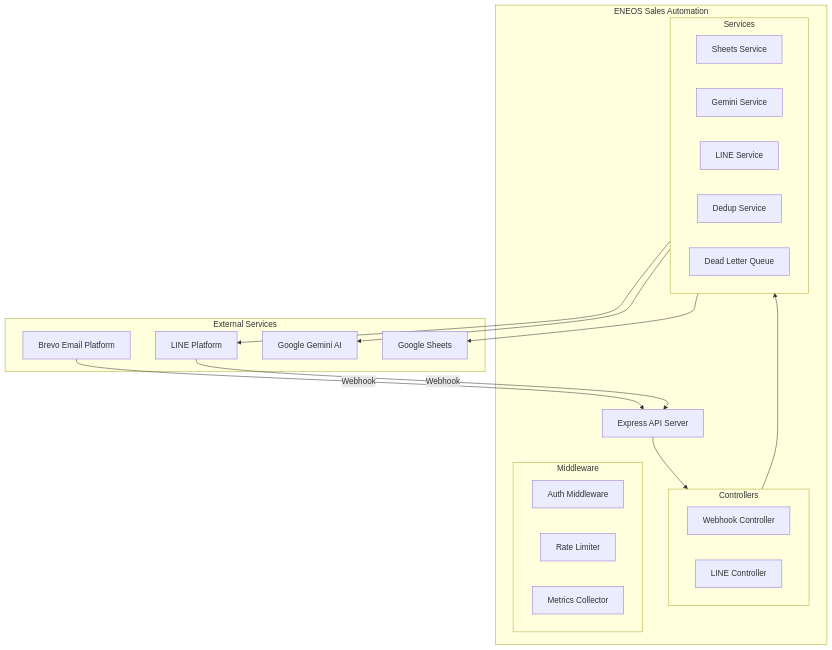
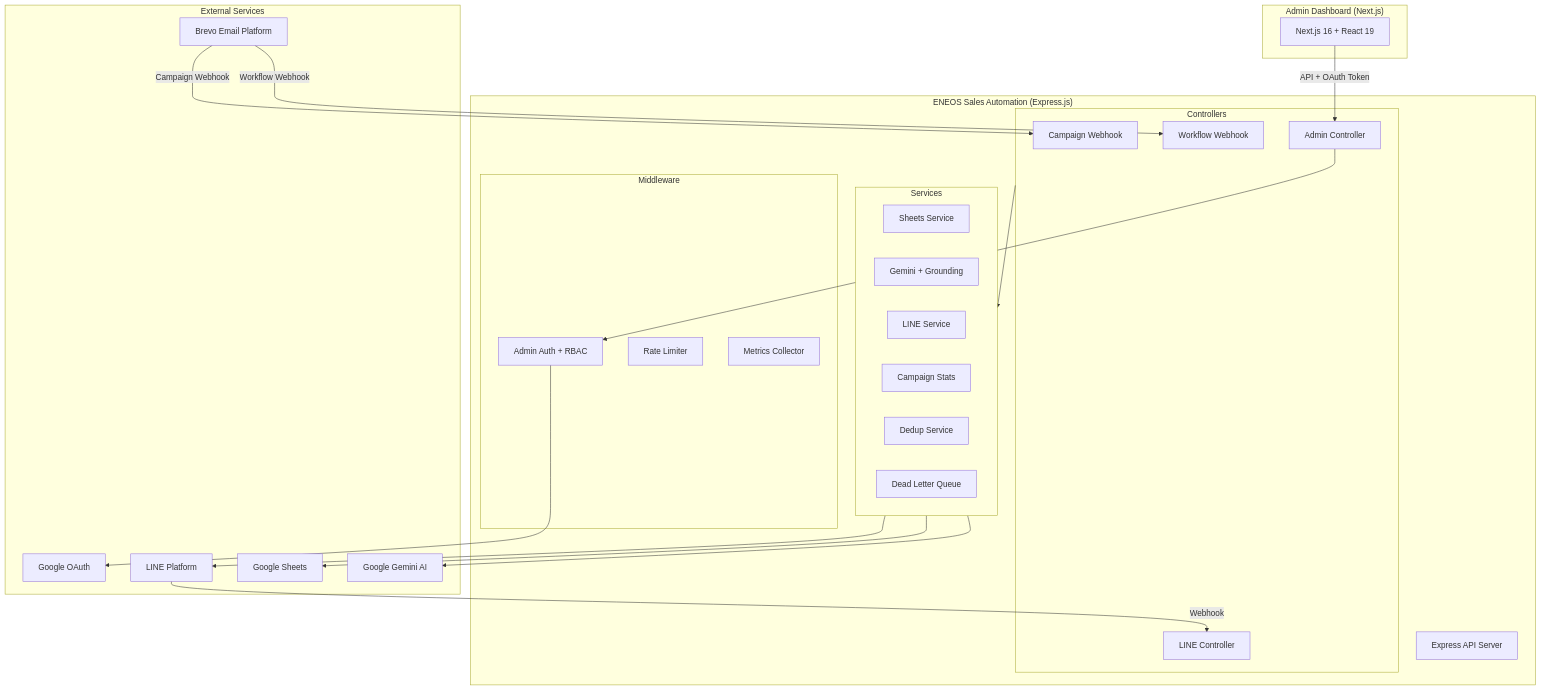
Before and after one commit to Jirawatpyk/ENEOS-Sales-Automation: the first of 12 diagrams in docs/ARCHITECTURE.md, drawn with Mermaid. The commit also changed other lines of this file and 22 other files, not shown here.

````diff
--- a/docs/ARCHITECTURE.md
+++ b/docs/ARCHITECTURE.md
@@ -46,40 +48,51 @@
 ```mermaid
 graph TB
     subgraph External["External Services"]
         Brevo[Brevo Email Platform]
         LINE[LINE Platform]
         Gemini[Google Gemini AI]
         Sheets[Google Sheets]
+        Google[Google OAuth]
     end
 
-    subgraph App["ENEOS Sales Automation"]
+    subgraph Dashboard["Admin Dashboard (Next.js)"]
+        NextJS[Next.js 16 + React 19]
+    end
+
+    subgraph App["ENEOS Sales Automation (Express.js)"]
         API[Express API Server]
 
         subgraph Controllers
-            WebhookCtrl[Webhook Controller]
+            WebhookCtrl[Workflow Webhook]
+            CampaignCtrl[Campaign Webhook]
             LineCtrl[LINE Controller]
+            AdminCtrl[Admin Controller]
         end
 
         subgraph Services
             SheetsService[Sheets Service]
-            GeminiService[Gemini Service]
+            GeminiService[Gemini + Grounding]
             LineService[LINE Service]
+            CampaignStats[Campaign Stats]
             DedupService[Dedup Service]
             DLQ[Dead Letter Queue]
         end
 
         subgraph Middleware
-            Auth[Auth Middleware]
+            AdminAuth[Admin Auth + RBAC]
             RateLimit[Rate Limiter]
             Metrics[Metrics Collector]
         end
     end
 
-    Brevo -->|Webhook| API
-    LINE -->|Webhook| API
-    API --> Controllers
+    Brevo -->|Workflow Webhook| WebhookCtrl
+    Brevo -->|Campaign Webhook| CampaignCtrl
+    LINE -->|Webhook| LineCtrl
+    NextJS -->|API + OAuth Token| AdminCtrl
+    AdminCtrl --> AdminAuth
+    AdminAuth --> Google
     Controllers --> Services
     Services --> Gemini
     Services --> Sheets
     Services --> LINE
 ```
````
